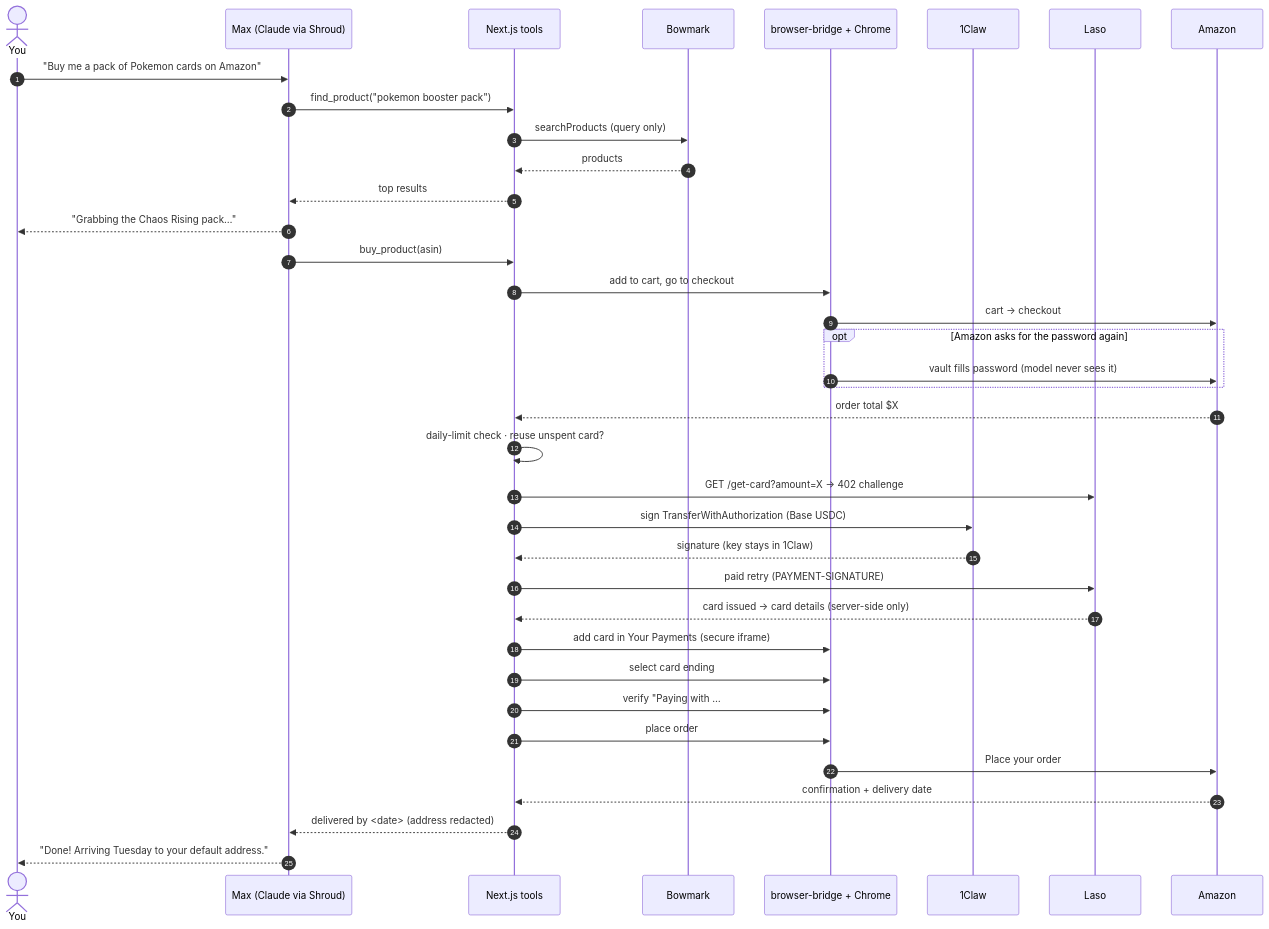
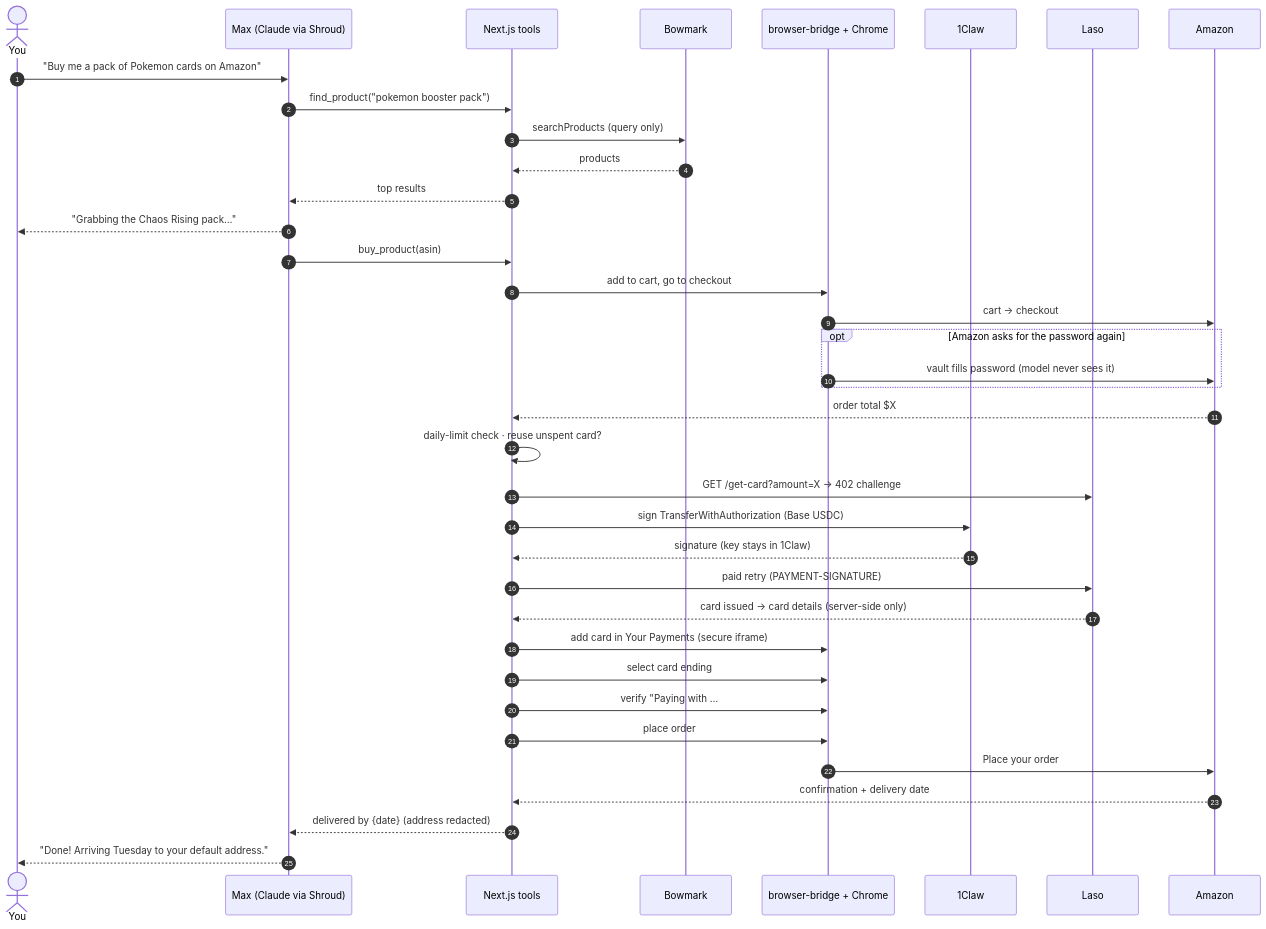
One commit to kmjones1979/ask-1claw changed the second of 2 diagrams in README.md. Above: the diagram before and after it, drawn with Mermaid.

Commit message:
README: fix sequence diagram placeholder
Claude-Session: https://claude.ai/code/session_01R7vpCYnSRYFXocKzZJahgb

````diff
--- a/README.md
+++ b/README.md
@@ -98,40 +98,40 @@
 ```mermaid
 sequenceDiagram
   autonumber
   actor You
   participant Max as Max (Claude via Shroud)
   participant App as Next.js tools
   participant BM as Bowmark
   participant BB as browser-bridge + Chrome
   participant OC as 1Claw
   participant L as Laso
   participant AZ as Amazon
 
   You->>Max: "Buy me a pack of Pokemon cards on Amazon"
   Max->>App: find_product("pokemon booster pack")
   App->>BM: searchProducts (query only)
   BM-->>App: products
   App-->>Max: top results
   Max-->>You: "Grabbing the Chaos Rising pack…"
   Max->>App: buy_product(asin)
   App->>BB: add to cart, go to checkout
   BB->>AZ: cart → checkout
   opt Amazon asks for the password again
     BB->>AZ: vault fills password (model never sees it)
   end
   AZ-->>App: order total $X
   App->>App: daily-limit check · reuse unspent card?
   App->>L: GET /get-card?amount=X → 402 challenge
   App->>OC: sign TransferWithAuthorization (Base USDC)
   OC-->>App: signature (key stays in 1Claw)
   App->>L: paid retry (PAYMENT-SIGNATURE)
   L-->>App: card issued → card details (server-side only)
   App->>BB: add card in Your Payments (secure iframe)
   App->>BB: select card ending ####
   App->>BB: verify "Paying with … ####" and total = card amount
   App->>BB: place order
   BB->>AZ: Place your order
   AZ-->>App: confirmation + delivery date
-  App-->>Max: delivered by <date> (address redacted)
+  App-->>Max: delivered by {date} (address redacted)
   Max-->>You: "Done! Arriving Tuesday to your default address."
 ```
````
